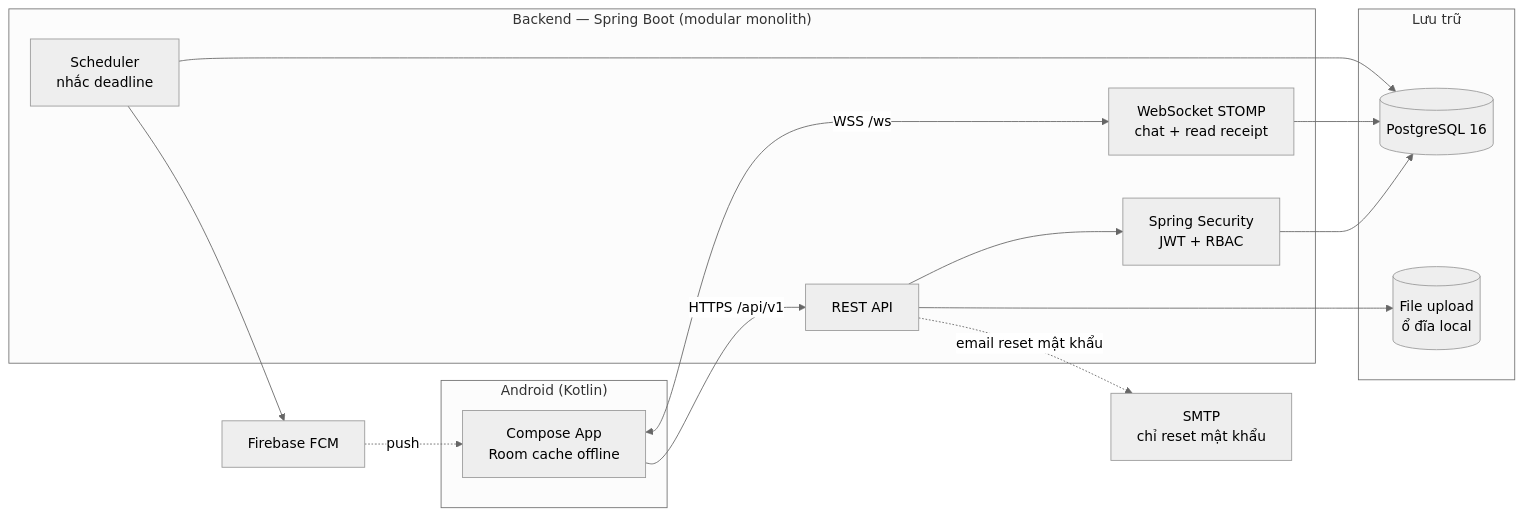
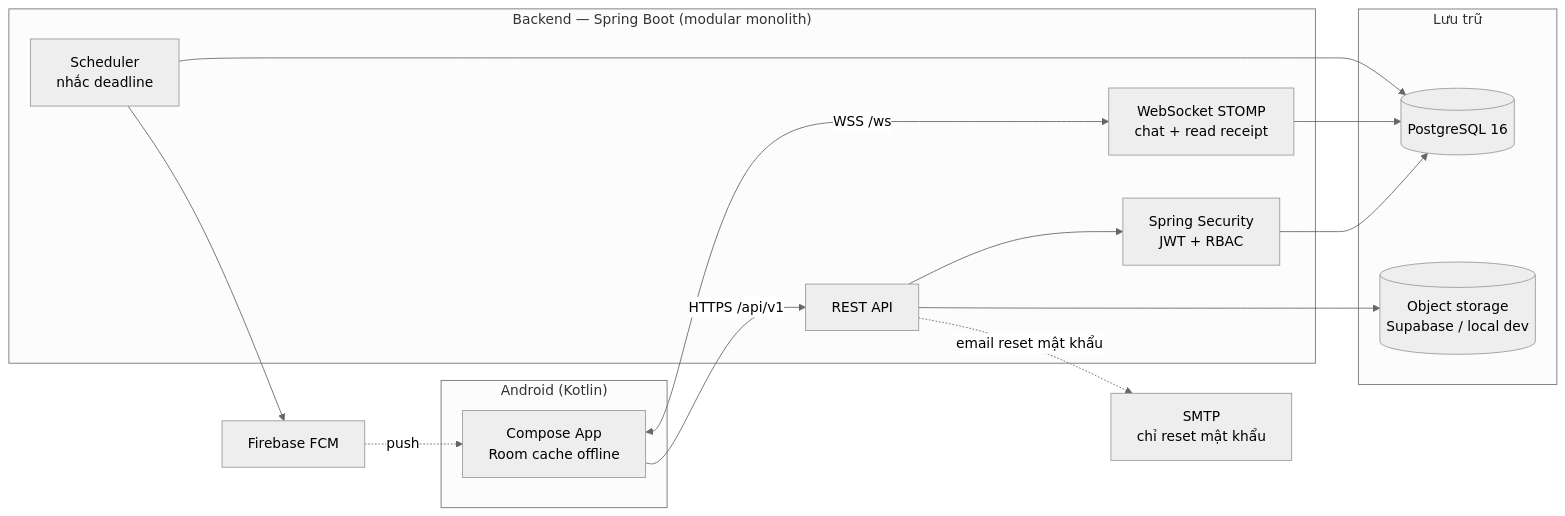
The first of 2 diagrams in docs/04-thiet-ke-backend.md (huynhhoang04/remote-work-management-app), drawn with Mermaid (neutral theme) before and after one commit. The commit also changed other lines of this file and 11 other files, not shown here.

First line of the commit message:
docs(deploy): tong ket backend phase 2, schema db, runbook deploy

````diff
--- a/docs/04-thiet-ke-backend.md
+++ b/docs/04-thiet-ke-backend.md
@@ -87,30 +87,30 @@
 ```mermaid
 graph LR
     subgraph Client["Android (Kotlin)"]
         APP[Compose App<br/>Room cache offline]
     end
 
     subgraph Server["Backend — Spring Boot (modular monolith)"]
         API[REST API]
         WS[WebSocket STOMP<br/>chat + read receipt]
         SCH[Scheduler<br/>nhắc deadline]
         SEC[Spring Security<br/>JWT + RBAC]
     end
 
     subgraph Data["Lưu trữ"]
         PG[(PostgreSQL 16)]
-        FS[(File upload<br/>ổ đĩa local)]
+        FS[(Object storage<br/>Supabase / local dev)]
     end
 
     FCM[Firebase FCM]
     SMTP[SMTP<br/>chỉ reset mật khẩu]
 
     APP -->|HTTPS /api/v1| API
     APP <-->|WSS /ws| WS
     API --> SEC --> PG
     WS --> PG
     SCH --> PG
     SCH --> FCM -.->|push| APP
     API --> FS
     API -.->|email reset mật khẩu| SMTP
 ```
````
